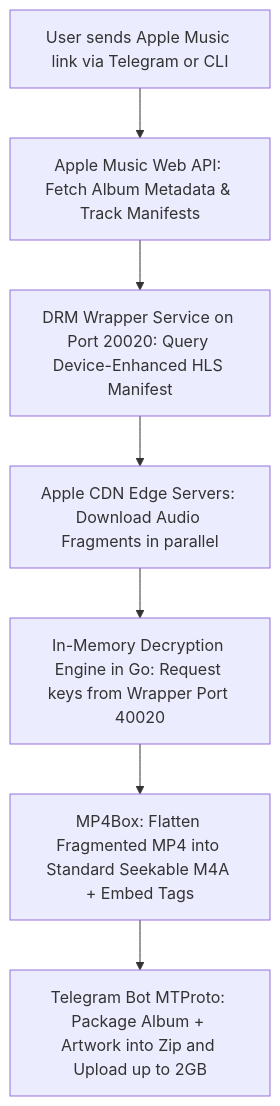
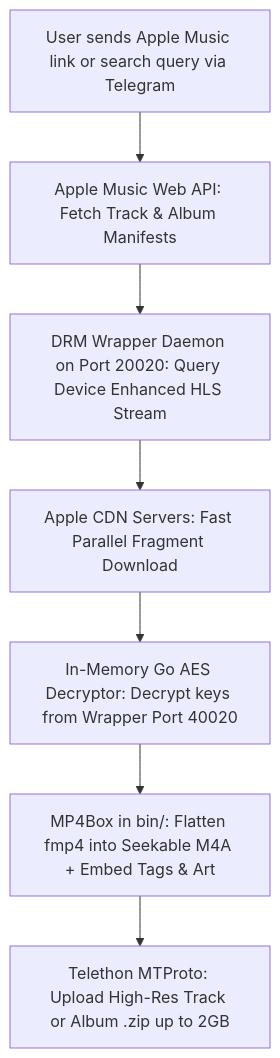
Before and after one commit to codemonkx/Apple_Music: the diagram in README.md, drawn with Mermaid. The commit also changed other lines of this file, not shown here.

````diff
--- a/README.md
+++ b/README.md
@@ -24,9 +27,9 @@
 ```mermaid
 graph TD
-    A[User sends Apple Music link via Telegram or CLI] --> B[Apple Music Web API: Fetch Album Metadata & Track Manifests]
-    B --> C[DRM Wrapper Service on Port 20020: Query Device-Enhanced HLS Manifest]
-    C --> D[Apple CDN Edge Servers: Download Audio Fragments in parallel]
-    D --> E[In-Memory Decryption Engine in Go: Request keys from Wrapper Port 40020]
-    E --> F[MP4Box: Flatten Fragmented MP4 into Standard Seekable M4A + Embed Tags]
-    F --> G[Telegram Bot MTProto: Package Album + Artwork into Zip and Upload up to 2GB]
+    A[User sends Apple Music link or search query via Telegram] --> B[Apple Music Web API: Fetch Track & Album Manifests]
+    B --> C[DRM Wrapper Daemon on Port 20020: Query Device Enhanced HLS Stream]
+    C --> D[Apple CDN Servers: Fast Parallel Fragment Download]
+    D --> E[In-Memory Go AES Decryptor: Decrypt keys from Wrapper Port 40020]
+    E --> F[MP4Box in bin/: Flatten fmp4 into Seekable M4A + Embed Tags & Art]
+    F --> G[Telethon MTProto: Upload High-Res Track or Album .zip up to 2GB]
 ```
````
